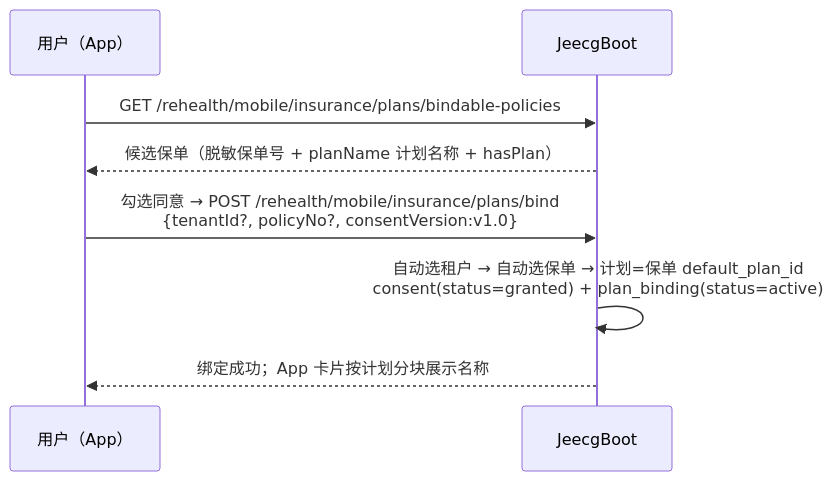
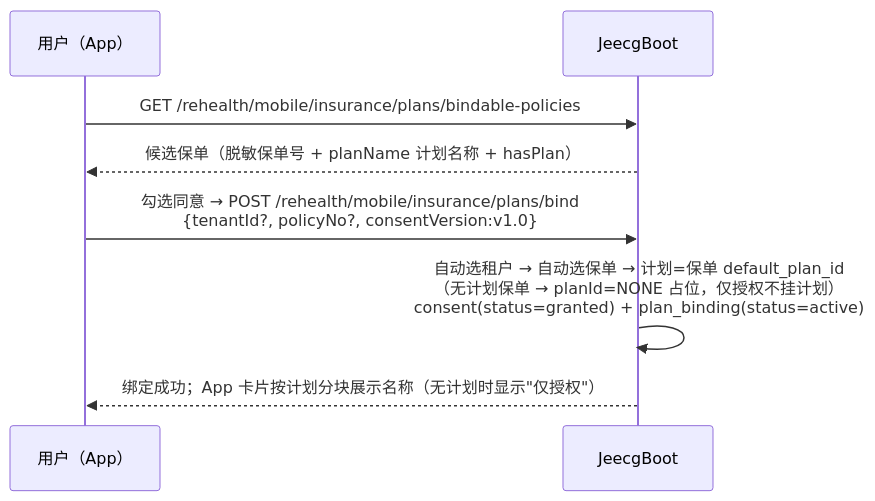
The eighth of 8 diagrams in docs/保险侧计划与保单设计及全流程闭环.md (wjmlong/rehealth_tongbu), drawn with Mermaid before and after one commit. The commit also changed other lines of this file and 5 other files, not shown here.

````diff
--- a/docs/保险侧计划与保单设计及全流程闭环.md
+++ b/docs/保险侧计划与保单设计及全流程闭环.md
@@ -140,10 +140,10 @@
 ```mermaid
 sequenceDiagram
     participant U as 用户（App）
     participant JEE as JeecgBoot
     U->>JEE: GET /rehealth/mobile/insurance/plans/bindable-policies
     JEE-->>U: 候选保单（脱敏保单号 + planName 计划名称 + hasPlan）
     U->>JEE: 勾选同意 → POST /rehealth/mobile/insurance/plans/bind<br>{tenantId?, policyNo?, consentVersion:v1.0}
-    JEE->>JEE: 自动选租户 → 自动选保单 → 计划=保单 default_plan_id<br>consent(status=granted) + plan_binding(status=active)
-    JEE-->>U: 绑定成功；App 卡片按计划分块展示名称
+    JEE->>JEE: 自动选租户 → 自动选保单 → 计划=保单 default_plan_id<br>（无计划保单 → planId=NONE 占位，仅授权不挂计划）<br>consent(status=granted) + plan_binding(status=active)
+    JEE-->>U: 绑定成功；App 卡片按计划分块展示名称（无计划时显示"仅授权"）
 ```
````
